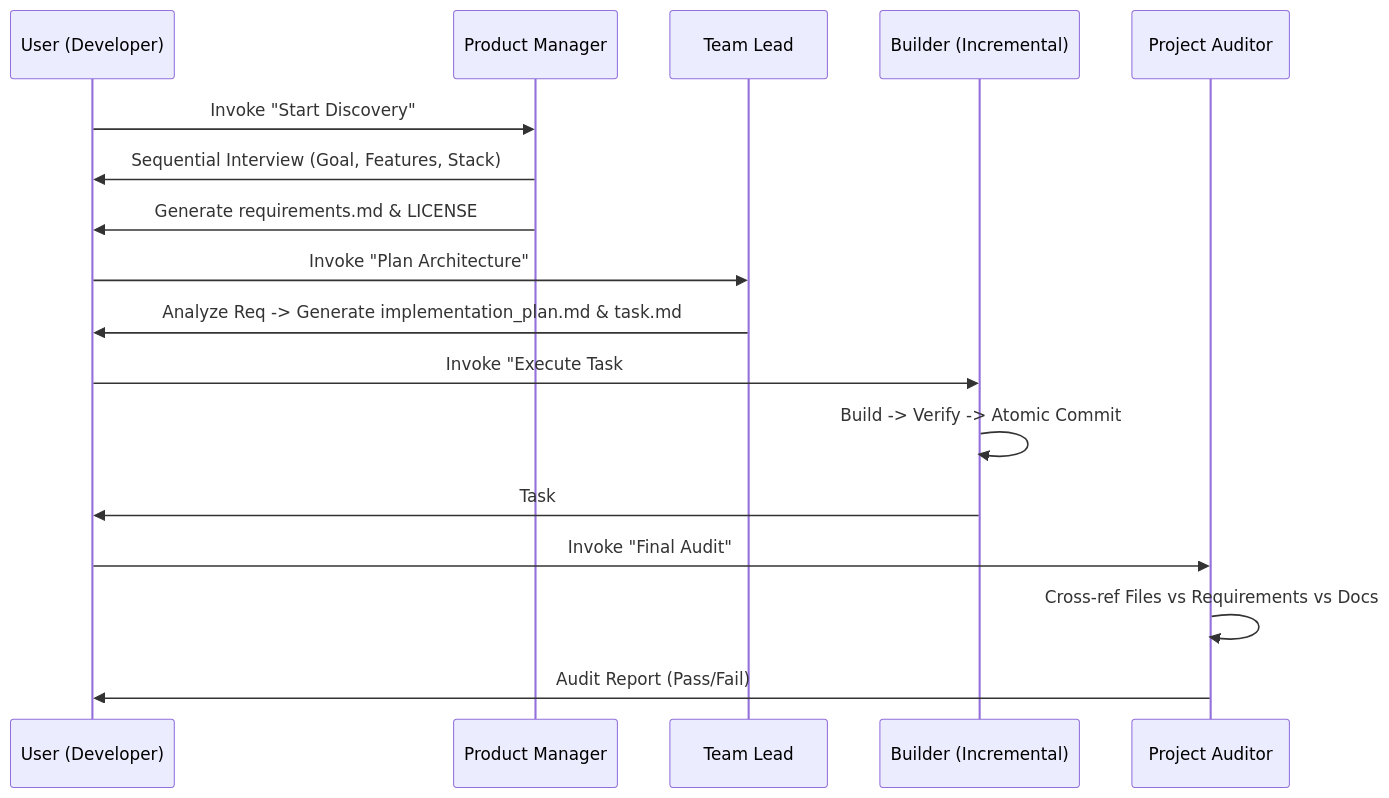
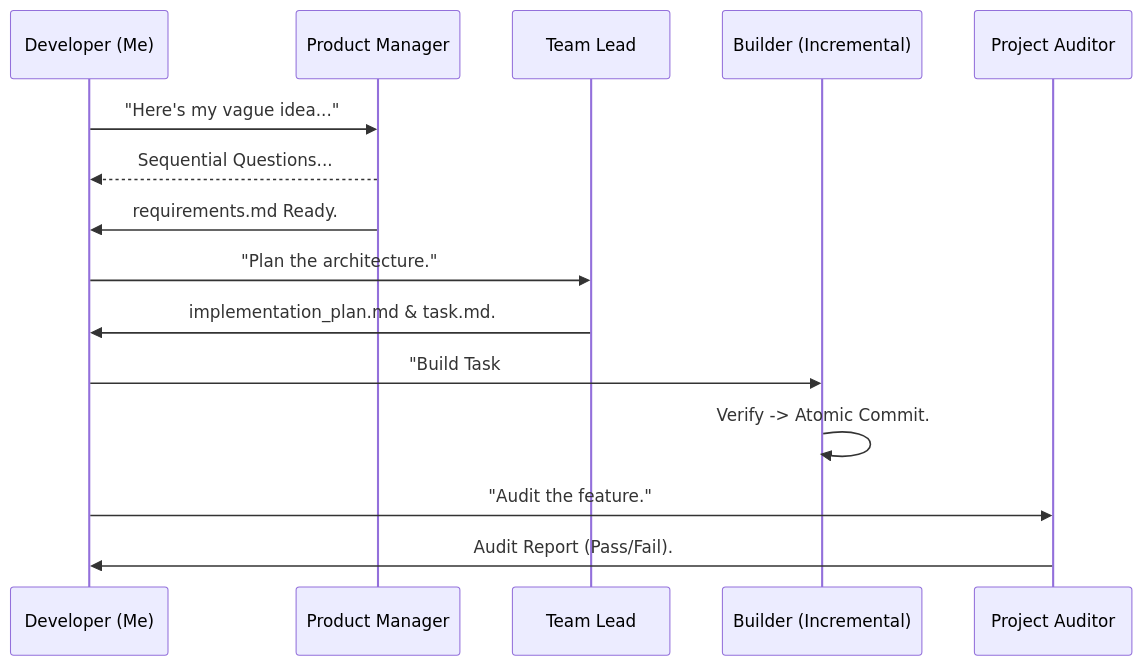
One commit to balamuru/antigravity-dev-skills changed the diagram in blog-post.md. Above: the diagram before and after it, drawn with Mermaid. The commit also changed other lines of this file, not shown here.

````diff
--- a/blog-post.md
+++ b/blog-post.md
@@ -70,20 +58,18 @@
 ```mermaid
 sequenceDiagram
-    participant U as User (Developer)
+    participant Me as Developer (Me)
     participant PM as Product Manager
     participant TL as Team Lead
     participant B as Builder (Incremental)
     participant A as Project Auditor
 
-    U->>PM: Invoke "Start Discovery"
-    PM->>U: Sequential Interview (Goal, Features, Stack)
-    PM->>U: Generate requirements.md & LICENSE
-    U->>TL: Invoke "Plan Architecture"
-    TL->>U: Analyze Req -> Generate implementation_plan.md & task.md
-    U->>B: Invoke "Execute Task #1"
-    B->>B: Build -> Verify -> Atomic Commit
-    B->>U: Task #1 Done. Next?
-    U->>A: Invoke "Final Audit"
-    A->>A: Cross-ref Files vs Requirements vs Docs
-    A->>U: Audit Report (Pass/Fail)
+    Me->>PM: "Here's my vague idea..."
+    PM-->>Me: Sequential Questions...
+    PM->>Me: requirements.md Ready.
+    Me->>TL: "Plan the architecture."
+    TL->>Me: implementation_plan.md & task.md.
+    Me->>B: "Build Task #1."
+    B->>B: Verify -> Atomic Commit.
+    Me->>A: "Audit the feature."
+    A->>Me: Audit Report (Pass/Fail).
 ```
````
